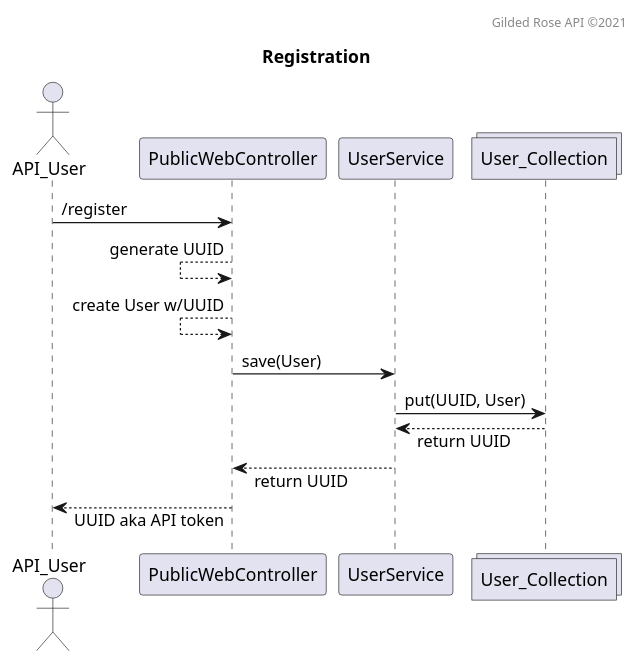
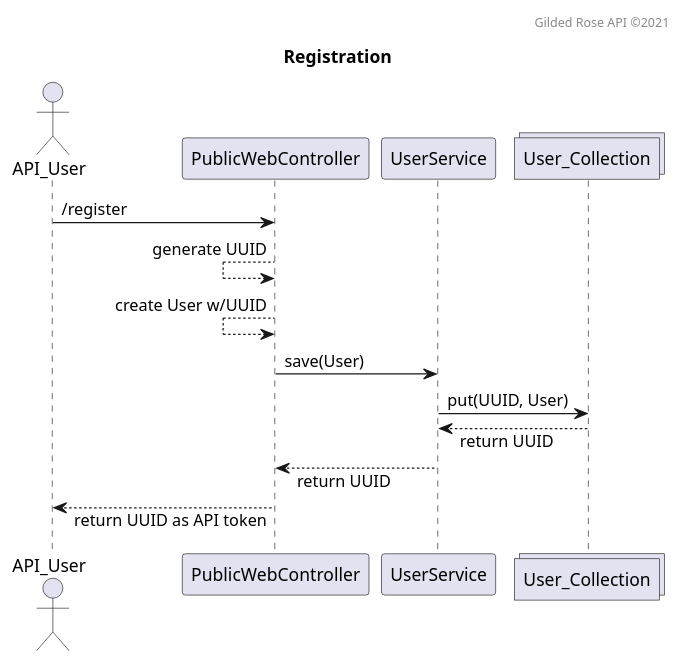
Before and after one commit to bladewheels/GildedRoseAPI: the diagram in src/main/resources/seq.register.puml, drawn with PlantUML.

```diff
--- a/src/main/resources/seq.register.puml
+++ b/src/main/resources/seq.register.puml
@@ -1,19 +1,19 @@
 @startuml
 title Registration
 header Gilded Rose API ©2021
 skinparam responseMessageBelowArrow true
 
 actor API_User
 participant PublicWebController
 participant UserService
 collections User_Collection
 
 API_User -> PublicWebController : /register
 PublicWebController <-- PublicWebController : generate UUID
 PublicWebController <-- PublicWebController : create User w/UUID
 PublicWebController -> UserService : save(User)
 UserService -> User_Collection : put(UUID, User)
 UserService <-- User_Collection : return UUID
 PublicWebController <-- UserService : return UUID
-API_User <-- PublicWebController : UUID aka API token
+API_User <-- PublicWebController : return UUID as API token
 @enduml
```
